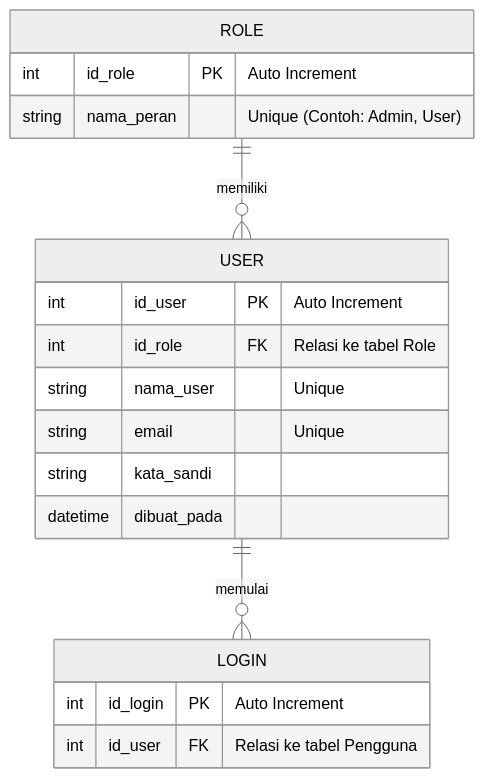
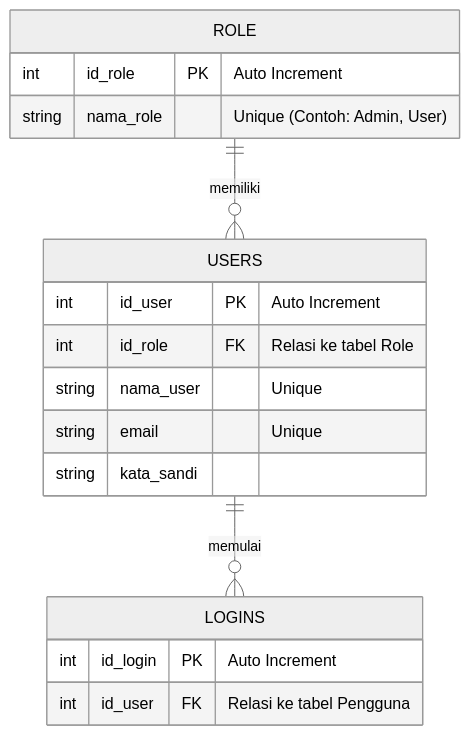
One commit to Vincentius31/koda-b6-db4 changed the diagram in README.md. Above: the diagram before and after it, drawn with Mermaid (neutral theme).

Commit message:
fix: fixing typo for the ERD

````diff
--- a/README.md
+++ b/README.md
@@ -3,25 +3,24 @@
 ```mermaid
 erDiagram
-    ROLE ||--o{ USER : "memiliki"
-    USER ||--o{ LOGIN : "memulai"
+    ROLE ||--o{ USERS : "memiliki"
+    USERS ||--o{ LOGINS : "memulai"
 
-    USER {
+    USERS {
         int id_user PK "Auto Increment"
         int id_role FK "Relasi ke tabel Role"
         string nama_user "Unique"
         string email "Unique"
         string kata_sandi 
-        datetime dibuat_pada
     }
     
     ROLE {
         int id_role PK "Auto Increment"
-        string nama_peran "Unique (Contoh: Admin, User)"
+        string nama_role "Unique (Contoh: Admin, User)"
     }
 
-    LOGIN {
+    LOGINS {
         int id_login PK "Auto Increment"
         int id_user FK "Relasi ke tabel Pengguna"
     }
 
 ```
````
